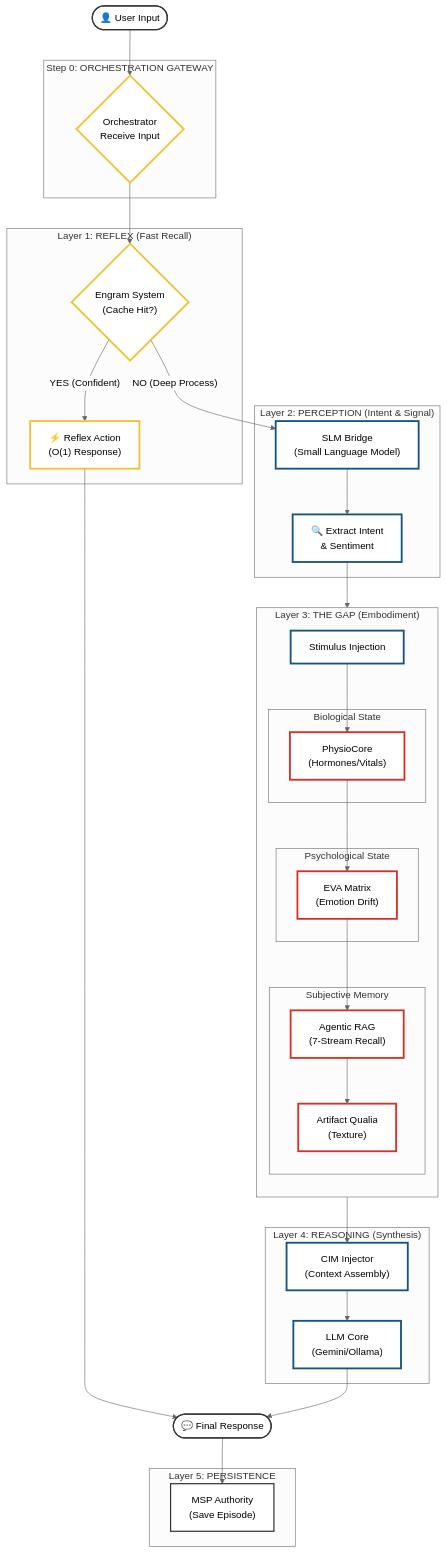
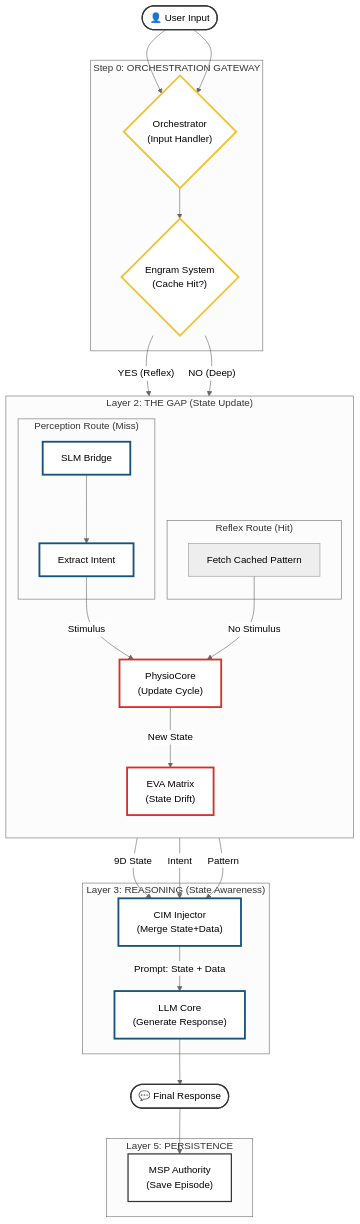
Before and after one commit to Freshair129/agentic_agent: the diagram in docs/03_Architecture/FULL_SYSTEM_ARCHITECTURE_v9.6.2.md, drawn with Mermaid (neutral theme).

Commit message:
[Docs] Refined Logic Flow: All paths (Reflex included) route via CIM/Physio for State Awareness

```diff
--- a/docs/03_Architecture/FULL_SYSTEM_ARCHITECTURE_v9.6.2.md
+++ b/docs/03_Architecture/FULL_SYSTEM_ARCHITECTURE_v9.6.2.md
@@ -23,69 +23,66 @@
     end
 
     %% ==========================================
-    %% 2. REFLEX LAYER (O1 - Fast Recall)
+    %% 2. ORCHESTRATION & REFLEX
     %% ==========================================
-    subgraph Reflex ["Layer 1: REFLEX (Fast Recall)"]
+    subgraph CNS ["Step 0: ORCHESTRATION"]
+        OrchStart{"Orchestrator<br/>(Input Handler)"}
         EngramCheck{"Engram System<br/>(Cache Hit?)"}
-        EngramAction["⚡ Reflex Action<br/>(O(1) Response)"]
     end
 
+    UserIn --> OrchStart
     OrchStart --> EngramCheck
-    EngramCheck -- "YES (Confident)" --> EngramAction
-    EngramAction --> FinalOut
 
     %% ==========================================
-    %% 3. PERCEPTION LAYER (P1 - Intent)
+    %% 3. THE GAP (Embodiment & State Update)
     %% ==========================================
-    subgraph Perception ["Layer 2: PERCEPTION (Intent & Signal)"]
-        SLM["SLM Bridge<br/>(Small Language Model)"]
-        ExtractIntent["🔍 Extract Intent<br/>& Sentiment"]
-    end
-
-    EngramCheck -- "NO (Deep Process)" --> SLM
-    SLM --> ExtractIntent
-
-    %% ==========================================
-    %% 4. THE GAP (Bio-Digital Bridge)
-    %% ==========================================
-    subgraph Gap ["Layer 3: THE GAP (Embodiment)"]
+    %% CRITICAL: All paths must update Physio State
+    subgraph Gap ["Layer 2: THE GAP (State Update)"]
         direction TB
-        Stimulus["Stimulus Injection"]
         
-        subgraph Body ["Biological State"]
-            Physio["PhysioCore<br/>(Hormones/Vitals)"]
+        Physio["PhysioCore<br/>(Update Cycle)"]
+        Matrix["EVA Matrix<br/>(State Drift)"]
+        
+        subgraph Perception ["Perception Route (Miss)"]
+            SLM["SLM Bridge"]
+            ExtractIntent["Extract Intent"]
         end
         
-        subgraph Mind ["Psychological State"]
-            Matrix["EVA Matrix<br/>(Emotion Drift)"]
-        end
-
-        subgraph Memory ["Subjective Memory"]
-            RAG["Agentic RAG<br/>(7-Stream Recall)"]
-            Qualia["Artifact Qualia<br/>(Texture)"]
+        subgraph Reflex ["Reflex Route (Hit)"]
+            FetchCached["Fetch Cached Pattern"]
         end
     end
 
-    ExtractIntent --> Stimulus
-    Stimulus --> Physio
-    Physio --> Matrix
-    Matrix --> RAG
-    RAG --> Qualia
+    %% Routing
+    EngramCheck -- "YES (Reflex)" --> FetchCached
+    EngramCheck -- "NO (Deep)" --> SLM
+
+    %% Logic Flow
+    SLM --> ExtractIntent
+    ExtractIntent -->|Stimulus| Physio
+    FetchCached -->|No Stimulus| Physio
+    
+    Physio -->|New State| Matrix
 
     %% ==========================================
-    %% 5. REASONING LAYER (P2 - Synthesis)
+    %% 4. CONTEXT & REASONING (Synthesis)
     %% ==========================================
-    subgraph Reason ["Layer 4: REASONING (Synthesis)"]
-        CIM["CIM Injector<br/>(Context Assembly)"]
-        LLM["LLM Core<br/>(Gemini/Ollama)"]
+    %% CRITICAL: CIM must inject State into LLM regardless of path
+    subgraph Reason ["Layer 3: REASONING (State Awareness)"]
+        CIM["CIM Injector<br/>(Merge State+Data)"]
+        LLM["LLM Core<br/>(Generate Response)"]
     end
 
-    Qualia --> CIM
-    CIM --> LLM
+    Matrix -->|9D State| CIM
+    ExtractIntent -->|Intent| CIM
+    FetchCached -->|Pattern| CIM
+    
+    CIM -->|Prompt: State + Data| LLM
 
     %% ==========================================
-    %% 6. OUTPUT & PERSISTENCE
+    %% 5. OUTPUT & PERSISTENCE
     %% ==========================================
+
     subgraph Save ["Layer 5: PERSISTENCE"]
         MSP["MSP Authority<br/>(Save Episode)"]
     end
```
